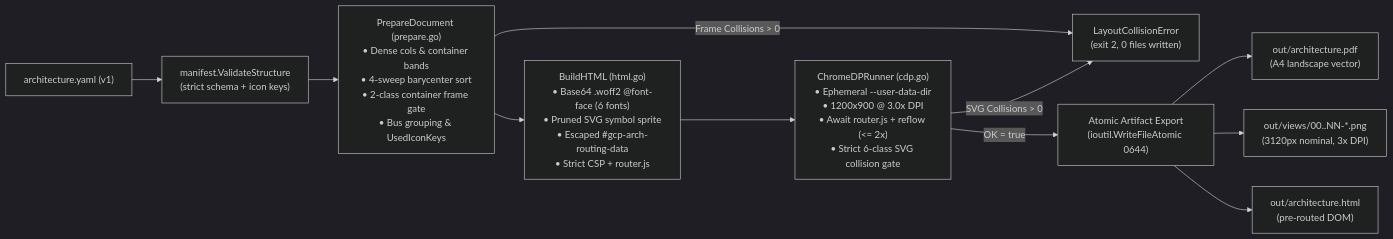
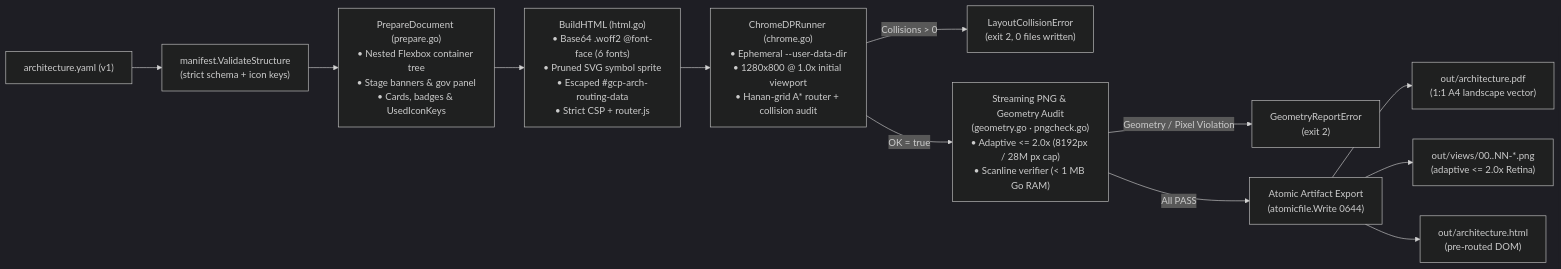
Before and after one commit to arrase/gcp-arch: the diagram in gh-pages/rendering.md, drawn with Mermaid (dark theme). The commit also changed other lines of this file and 172 other files, not shown here.

````diff
--- a/gh-pages/rendering.md
+++ b/gh-pages/rendering.md
@@ -13,13 +13,14 @@
 ```mermaid
 flowchart LR
     YAML["architecture.yaml (v1)"] --> Validate["manifest.ValidateStructure\n(strict schema + icon keys)"]
-    Validate --> Prepare["PrepareDocument (prepare.go)\n• Dense cols & container bands\n• 4-sweep barycenter sort\n• 2-class container frame gate\n• Bus grouping & UsedIconKeys"]
-    Prepare -->|"Frame Collisions > 0"| Fail["LayoutCollisionError\n(exit 2, 0 files written)"]
+    Validate --> Prepare["PrepareDocument (prepare.go)\n• Nested Flexbox container tree\n• Stage banners & gov panel\n• Cards, badges & UsedIconKeys"]
     Prepare --> Build["BuildHTML (html.go)\n• Base64 .woff2 @font-face (6 fonts)\n• Pruned SVG symbol sprite\n• Escaped #gcp-arch-routing-data\n• Strict CSP + router.js"]
-    Build --> CDP["ChromeDPRunner (cdp.go)\n• Ephemeral --user-data-dir\n• 1200x900 @ 3.0x DPI\n• Await router.js + reflow (<= 2x)\n• Strict 6-class SVG collision gate"]
-    CDP -->|"SVG Collisions > 0"| Fail
-    CDP -->|"OK = true"| Export["Atomic Artifact Export\n(ioutil.WriteFileAtomic 0644)"]
-    Export --> OutPDF["out/architecture.pdf\n(A4 landscape vector)"]
-    Export --> OutPNG["out/views/00..NN-*.png\n(3120px nominal, 3x DPI)"]
+    Build --> CDP["ChromeDPRunner (chrome.go)\n• Ephemeral --user-data-dir\n• 1280x800 @ 1.0x initial viewport\n• Hanan-grid A* router + collision audit"]
+    CDP -->|"Collisions > 0"| FailCol["LayoutCollisionError\n(exit 2, 0 files written)"]
+    CDP -->|"OK = true"| Stream["Streaming PNG & Geometry Audit\n(geometry.go · pngcheck.go)\n• Adaptive <= 2.0x (8192px / 28M px cap)\n• Scanline verifier (< 1 MB Go RAM)"]
+    Stream -->|"Geometry / Pixel Violation"| FailGeo["GeometryReportError\n(exit 2)"]
+    Stream -->|"All PASS"| Export["Atomic Artifact Export\n(atomicfile.Write 0644)"]
+    Export --> OutPDF["out/architecture.pdf\n(1:1 A4 landscape vector)"]
+    Export --> OutPNG["out/views/00..NN-*.png\n(adaptive <= 2.0x Retina)"]
     Export --> OutHTML["out/architecture.html\n(pre-routed DOM)"]
 ```
````
